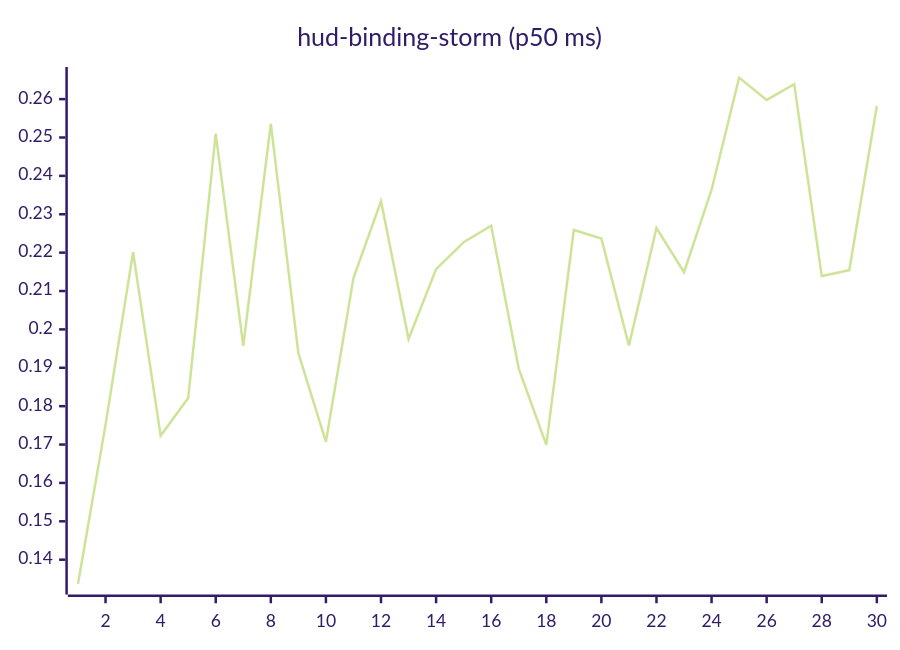
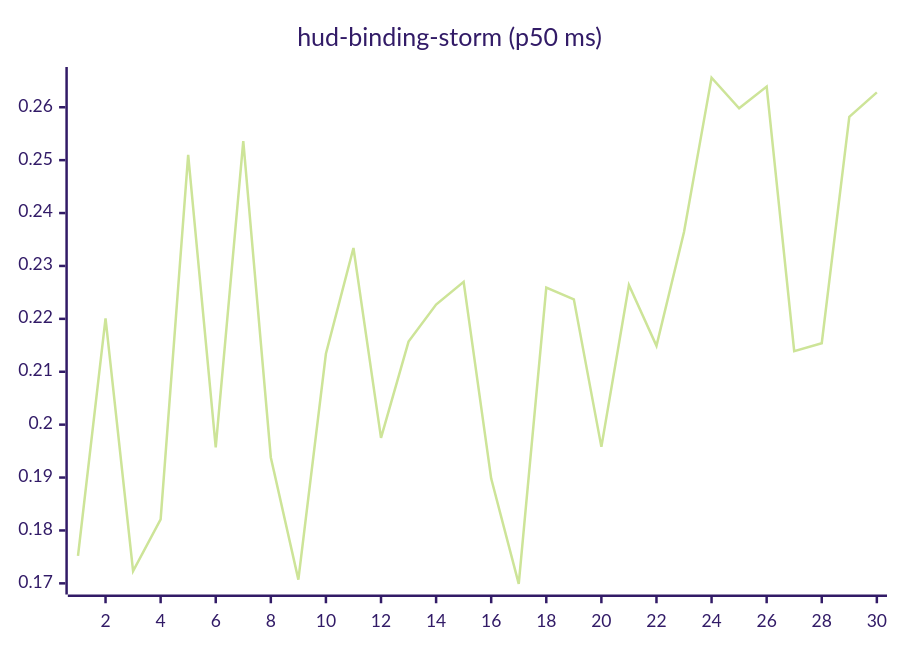
The tenth of 27 diagrams in README.md (josha/Facet), drawn with Mermaid (forest theme) before and after one commit. The commit also changed other lines of this file and 2 other files, not shown here.

````diff
--- a/README.md
+++ b/README.md
@@ -126,6 +126,6 @@
 ```mermaid
 xychart-beta
     title "hud-binding-storm (p50 ms)"
     x-axis 1 --> 30
-    line [0.1337, 0.1752, 0.2201, 0.1723, 0.1821, 0.2510, 0.1957, 0.2536, 0.1938, 0.1707, 0.2134, 0.2334, 0.1975, 0.2157, 0.2227, 0.2270, 0.1898, 0.1699, 0.2259, 0.2237, 0.1958, 0.2264, 0.2149, 0.2364, 0.2656, 0.2598, 0.2639, 0.2139, 0.2154, 0.2582]
+    line [0.1752, 0.2201, 0.1723, 0.1821, 0.2510, 0.1957, 0.2536, 0.1938, 0.1707, 0.2134, 0.2334, 0.1975, 0.2157, 0.2227, 0.2270, 0.1898, 0.1699, 0.2259, 0.2237, 0.1958, 0.2264, 0.2149, 0.2364, 0.2656, 0.2598, 0.2639, 0.2139, 0.2154, 0.2582, 0.2628]
 ```
````
